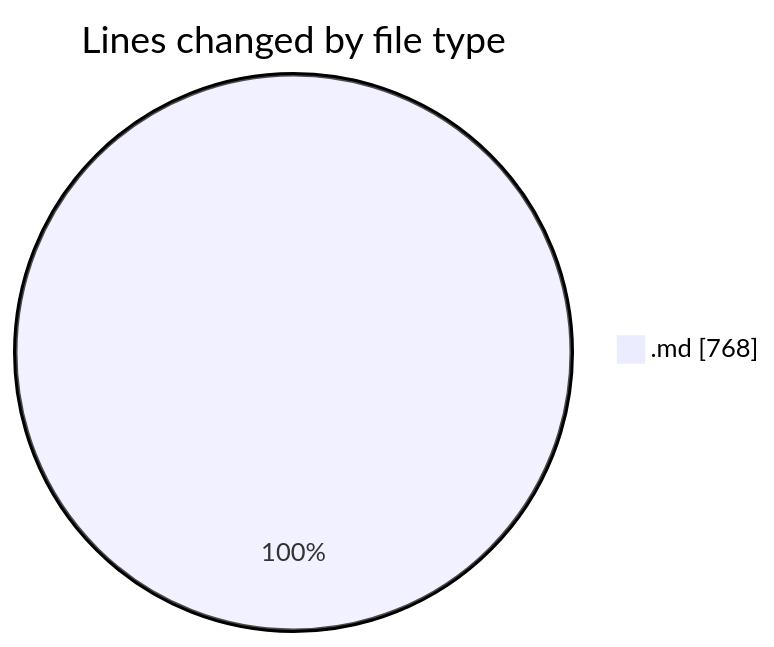
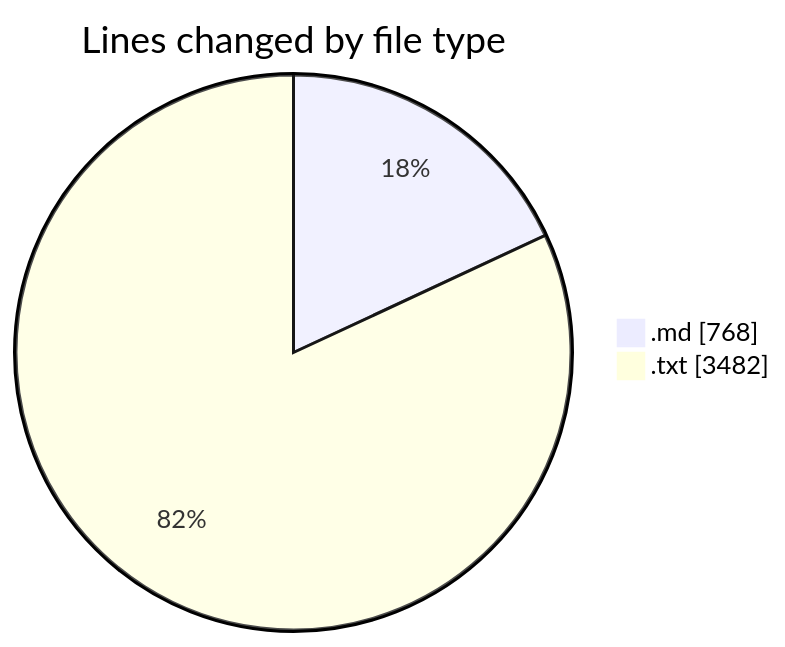
One commit to EIIisD/code-tracking changed the first of 2 diagrams in 2025-07-13/drive-download-20250712t233552z-1-001/README.md. Above: the diagram before and after it, drawn with Mermaid. The commit also changed other lines of this file and 1 other file, not shown here.

````diff
--- a/2025-07-13/drive-download-20250712t233552z-1-001/README.md
+++ b/2025-07-13/drive-download-20250712t233552z-1-001/README.md
@@ -21,5 +22,6 @@
 ```mermaid
 pie showData
 title Lines changed by file type
 ".md" : 768
+".txt" : 3482
 ```
````
